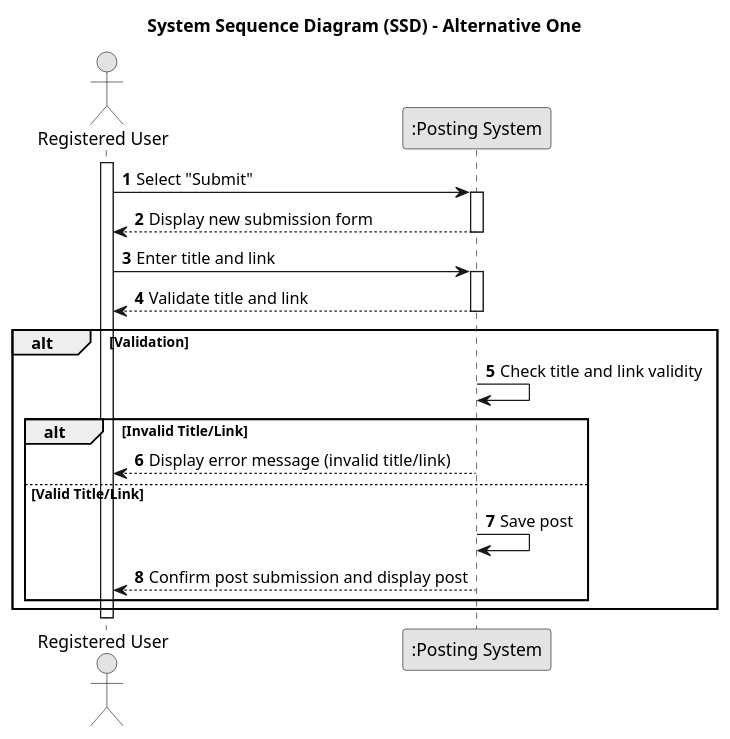
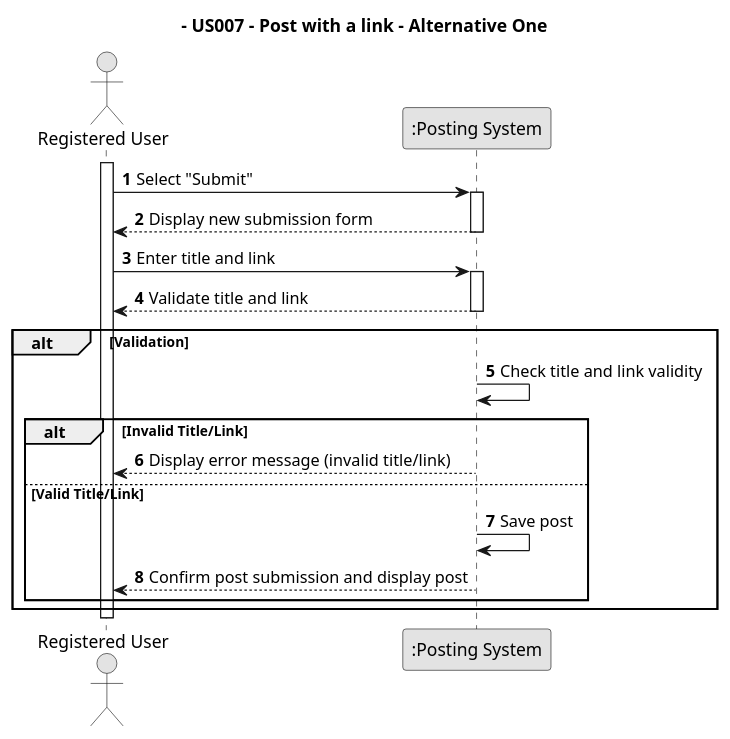
Before and after one commit to TiagoMagalhaes1232507/Testando-projeto: the diagram in docs/sprint01/us007/01.requirements-engineering/puml/us007-system-sequence-diagram-alternative-one.puml, drawn with PlantUML.

Commit message:
US007 - Update ssd

```diff
--- a/docs/sprint01/us007/01.requirements-engineering/puml/us007-system-sequence-diagram-alternative-one.puml
+++ b/docs/sprint01/us007/01.requirements-engineering/puml/us007-system-sequence-diagram-alternative-one.puml
@@ -1,41 +1,41 @@
-@startuml
+@startuml System Sequence Diagram (SSD)
 skinparam monochrome true
 skinparam packageStyle rectangle
 skinparam shadowing false
 
-title System Sequence Diagram (SSD) - Alternative One
+title  - US007 - Post with a link - Alternative One
 
 autonumber
 
 actor "Registered User" as User
 participant ":Posting System" as System
 
 activate User
 
 User -> System : Select "Submit"
 activate System
 
 System --> User : Display new submission form
 deactivate System
 
 User -> System : Enter title and link
 activate System
 
 System --> User : Validate title and link
 deactivate System
 
 alt Validation
     System -> System : Check title and link validity
 
     alt Invalid Title/Link
         System --> User : Display error message (invalid title/link)
     else Valid Title/Link
         System -> System : Save post
         System --> User : Confirm post submission and display post
     end
 end
 
 deactivate System
 deactivate User
 
 @enduml
```
